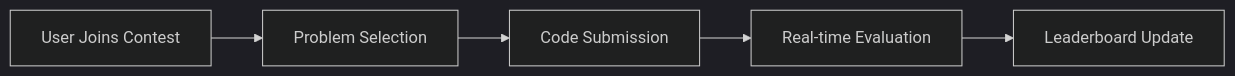
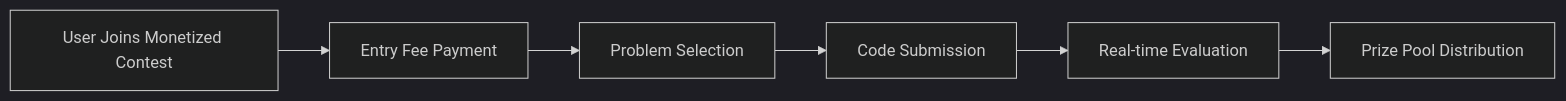
The first of 2 diagrams in project.md (IIITLucknowSWEngg/CSITTeam016), drawn with Mermaid (dark theme) before and after one commit. The commit also changed other lines of this file, not shown here.

````diff
--- a/project.md
+++ b/project.md
@@ -42,7 +45,8 @@
 ```mermaid
 graph LR
-    A[User Joins Contest] --> B[Problem Selection]
-    B --> C[Code Submission]
-    C --> D[Real-time Evaluation]
-    D --> E[Leaderboard Update]
+    A[User Joins Monetized Contest] --> B[Entry Fee Payment]
+    B --> C[Problem Selection]
+    C --> D[Code Submission]
+    D --> E[Real-time Evaluation]
+    E --> F[Prize Pool Distribution]
 ```
````
